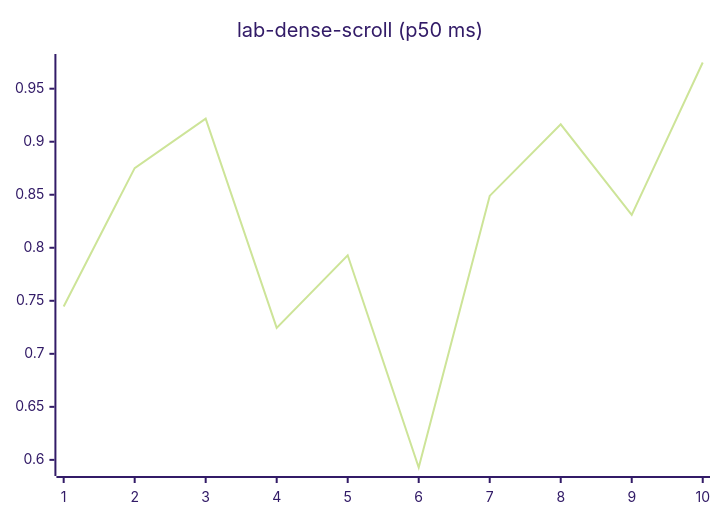
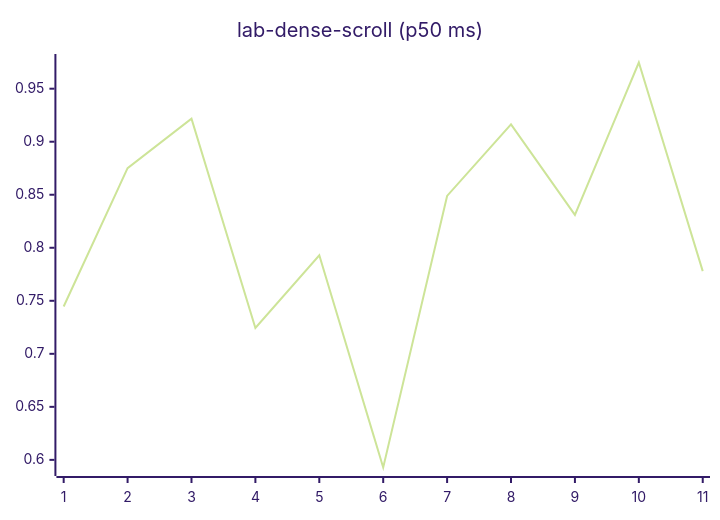
Before and after one commit to josha/Facet: diagram 12 of 27 in README.md, drawn with Mermaid (forest theme). The commit also changed other lines of this file and 2 other files, not shown here.

````diff
--- a/README.md
+++ b/README.md
@@ -140,6 +140,6 @@
 ```mermaid
 xychart-beta
     title "lab-dense-scroll (p50 ms)"
-    x-axis 1 --> 10
-    line [0.7446, 0.8751, 0.9218, 0.7244, 0.7929, 0.5928, 0.8489, 0.9164, 0.8310, 0.9747]
+    x-axis 1 --> 11
+    line [0.7446, 0.8751, 0.9218, 0.7244, 0.7929, 0.5928, 0.8489, 0.9164, 0.8310, 0.9747, 0.7780]
 ```
````
